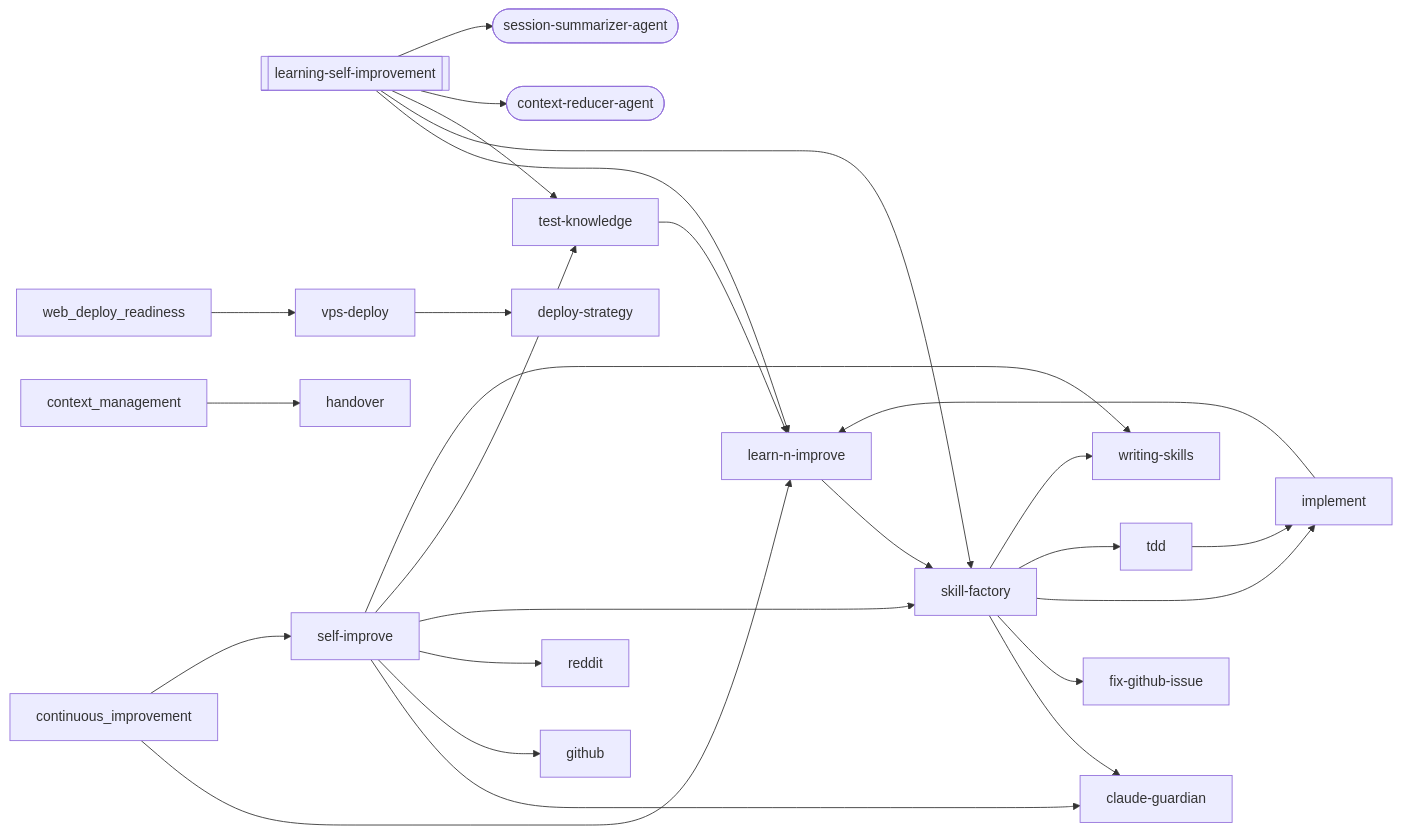
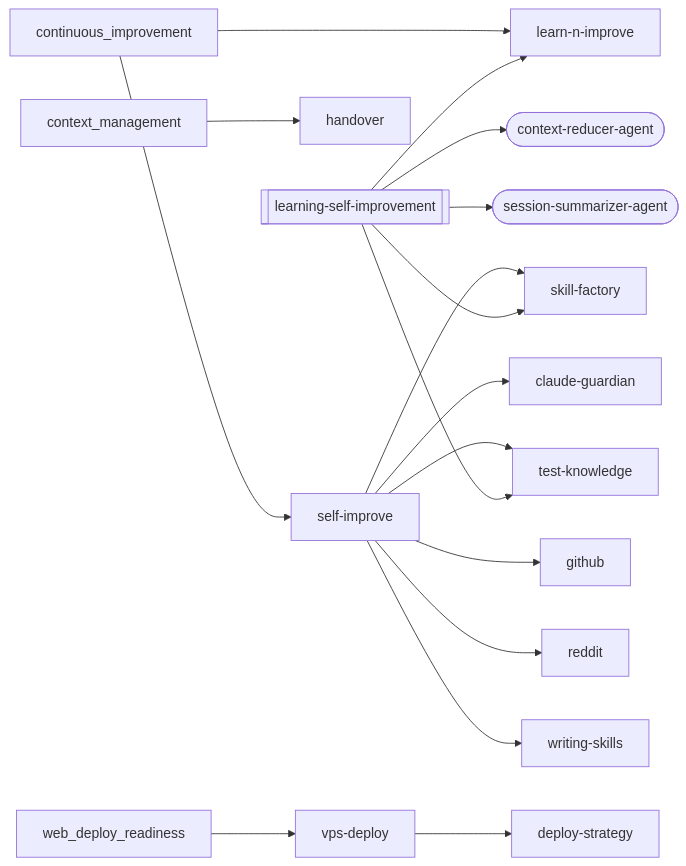
Before and after one commit to abhayla/claude-best-practices: the fourth of 15 diagrams in docs/workflows/learning-self-improvement.md, drawn with Mermaid. The commit also changed other lines of this file and 56 other files, not shown here.

````diff
--- a/docs/workflows/learning-self-improvement.md
+++ b/docs/workflows/learning-self-improvement.md
@@ -364,45 +470,33 @@
 ```mermaid
 graph LR
     learning_self_improvement[["learning-self-improvement"]]
     claude_guardian["claude-guardian"]
     context_reducer_agent(["context-reducer-agent"])
     deploy_strategy["deploy-strategy"]
-    fix_github_issue["fix-github-issue"]
     github["github"]
     handover["handover"]
-    implement["implement"]
     learn_n_improve["learn-n-improve"]
     reddit["reddit"]
     self_improve["self-improve"]
     session_summarizer_agent(["session-summarizer-agent"])
     skill_factory["skill-factory"]
-    tdd["tdd"]
     test_knowledge["test-knowledge"]
     vps_deploy["vps-deploy"]
     writing_skills["writing-skills"]
-    implement --> learn_n_improve
-    learn_n_improve --> skill_factory
     learning_self_improvement --> learn_n_improve
     learning_self_improvement --> skill_factory
     learning_self_improvement --> test_knowledge
     learning_self_improvement --> context_reducer_agent
     learning_self_improvement --> session_summarizer_agent
-    skill_factory --> claude_guardian
-    skill_factory --> fix_github_issue
-    skill_factory --> implement
-    skill_factory --> tdd
-    skill_factory --> writing_skills
-    tdd --> implement
-    test_knowledge --> learn_n_improve
     vps_deploy --> deploy_strategy
     self_improve --> claude_guardian
     self_improve --> github
     self_improve --> reddit
     self_improve --> skill_factory
     self_improve --> test_knowledge
     self_improve --> writing_skills
     context_management --> handover
     continuous_improvement --> learn_n_improve
     continuous_improvement --> self_improve
     web_deploy_readiness --> vps_deploy
 ```
````
